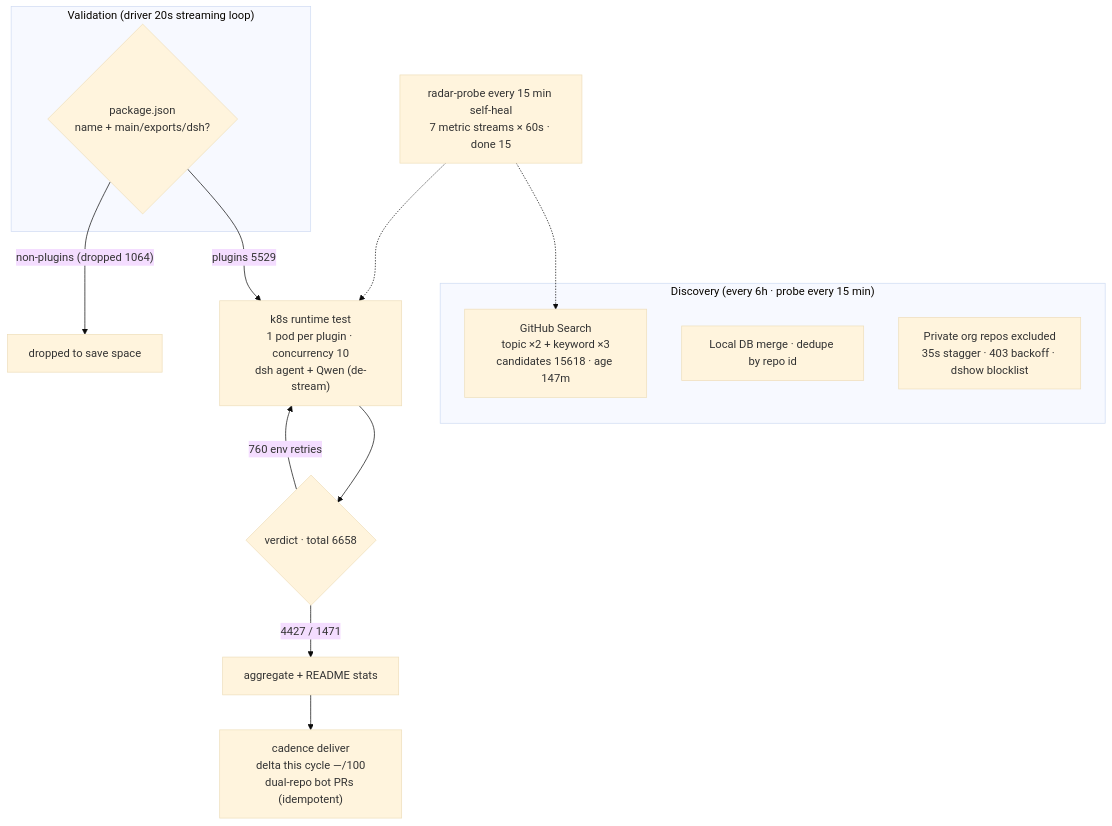
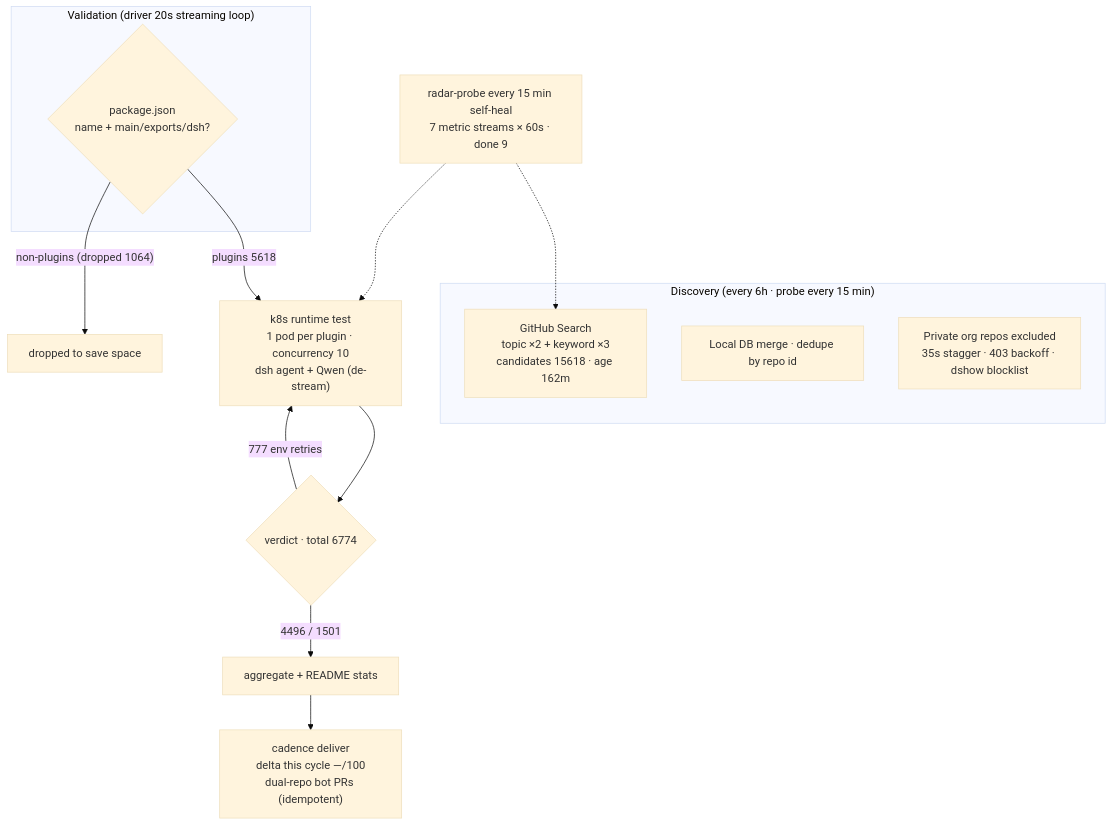
The diagram in README.en-US.md (AdamPlatin123/awesome-dsh-plugins), drawn with Mermaid (base theme) before and after one commit. The commit also changed other lines of this file and 5 other files, not shown here.

````diff
--- a/README.en-US.md
+++ b/README.en-US.md
@@ -30,20 +30,20 @@
 ```mermaid
 flowchart TB
     subgraph Discovery["Discovery (every 6h · probe every 15 min)"]
-        A1["GitHub Search<br/>topic ×2 + keyword ×3<br/>candidates 15618 · age 147m"]
+        A1["GitHub Search<br/>topic ×2 + keyword ×3<br/>candidates 15618 · age 162m"]
         A2["Local DB merge · dedupe by repo id"]
         A3["Private org repos excluded<br/>35s stagger · 403 backoff · dshow blocklist"]
     end
     subgraph Validation["Validation (driver 20s streaming loop)"]
         B1{"package.json<br/>name + main/exports/dsh?"}
     end
-    B1 -->|"plugins 5529"| C1["k8s runtime test<br/>1 pod per plugin · concurrency 10<br/>dsh agent + Qwen (de-stream)"]
+    B1 -->|"plugins 5618"| C1["k8s runtime test<br/>1 pod per plugin · concurrency 10<br/>dsh agent + Qwen (de-stream)"]
     B1 -->|"non-plugins (dropped 1064)"| B3["dropped to save space"]
-    C1 --> D1{"verdict · total 6658"}
-    D1 -->|"4427 / 1471"| E1["aggregate + README stats"]
-    D1 -->|"760 env retries"| C1
+    C1 --> D1{"verdict · total 6774"}
+    D1 -->|"4496 / 1501"| E1["aggregate + README stats"]
+    D1 -->|"777 env retries"| C1
     E1 --> E2["cadence deliver<br/>delta this cycle —/100<br/>dual-repo bot PRs (idempotent)"]
-    M["radar-probe every 15 min self-heal<br/>7 metric streams × 60s · done 15"]
+    M["radar-probe every 15 min self-heal<br/>7 metric streams × 60s · done 9"]
     M -.-> A1
     M -.-> C1
 ```
````
